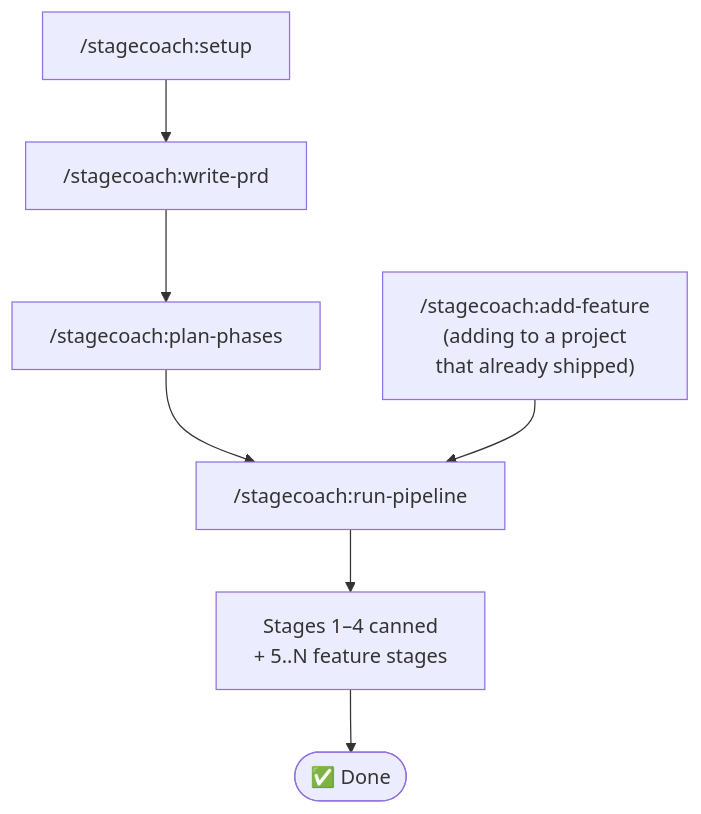
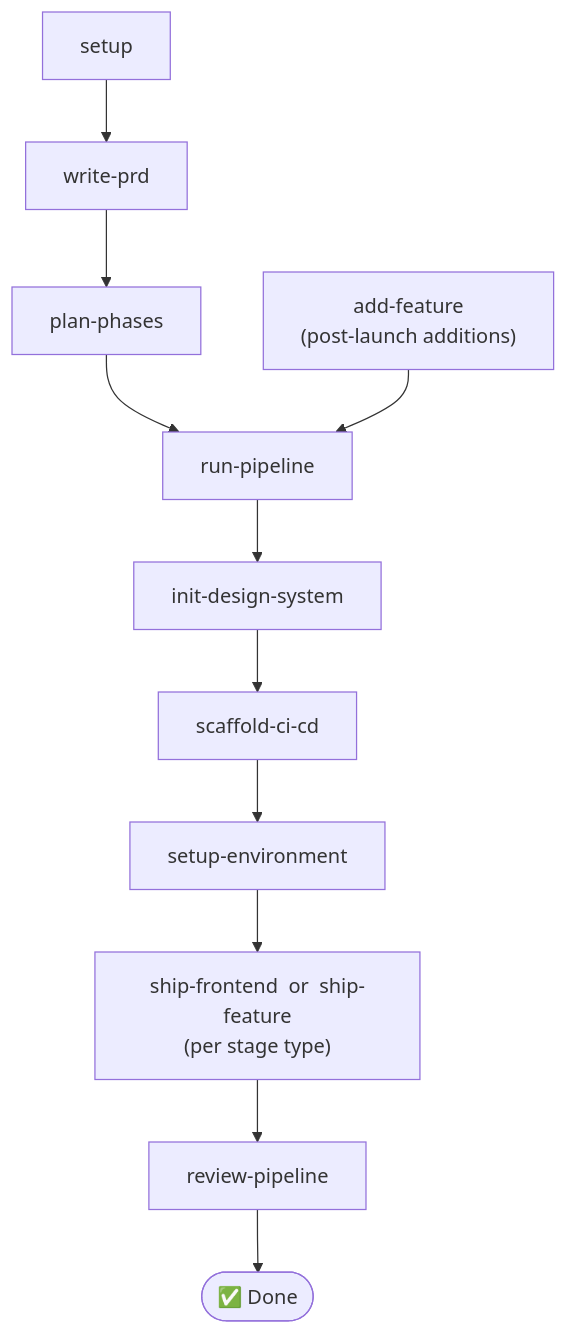
Before and after one commit to steve-piece/Stagecoach: the diagram in README.md, drawn with Mermaid. The commit also changed other lines of this file, not shown here.

````diff
--- a/README.md
+++ b/README.md
@@ -34,10 +35,14 @@
 ```mermaid
 flowchart TD
-    Setup["/stagecoach:setup"]
-    Setup --> PRD["/stagecoach:write-prd"]
-    PRD --> Phased["/stagecoach:plan-phases"]
-    Phased --> Run["/stagecoach:run-pipeline"]
-    Add["/stagecoach:add-feature<br/>(adding to a project<br/>that already shipped)"] --> Run
-    Run --> Stages["Stages 1–4 canned<br/>+ 5..N feature stages"]
-    Stages --> Done(["✅ Done"])
+    Setup["setup"] --> PRD["write-prd"]
+    PRD --> Phased["plan-phases"]
+    Phased --> Run["run-pipeline"]
+    Add["add-feature<br/>(post-launch additions)"] --> Run
+
+    Run --> S1["init-design-system"]
+    S1 --> S2["scaffold-ci-cd"]
+    S2 --> S3["setup-environment"]
+    S3 --> Features["ship-frontend  or  ship-feature<br/>(per stage type)"]
+    Features --> Review["review-pipeline"]
+    Review --> Done(["✅ Done"])
 ```
````
